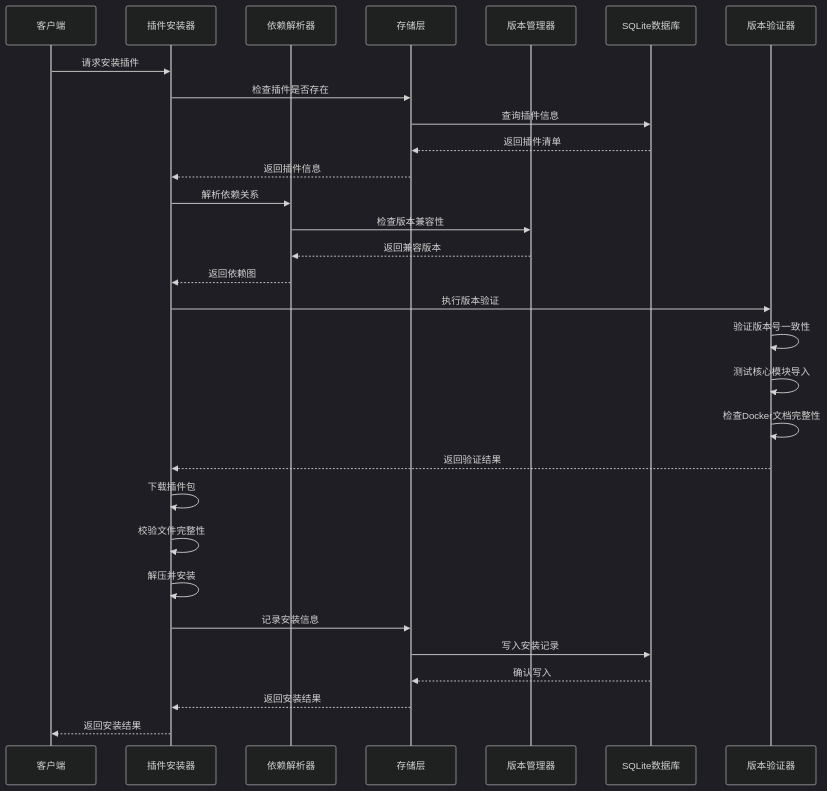
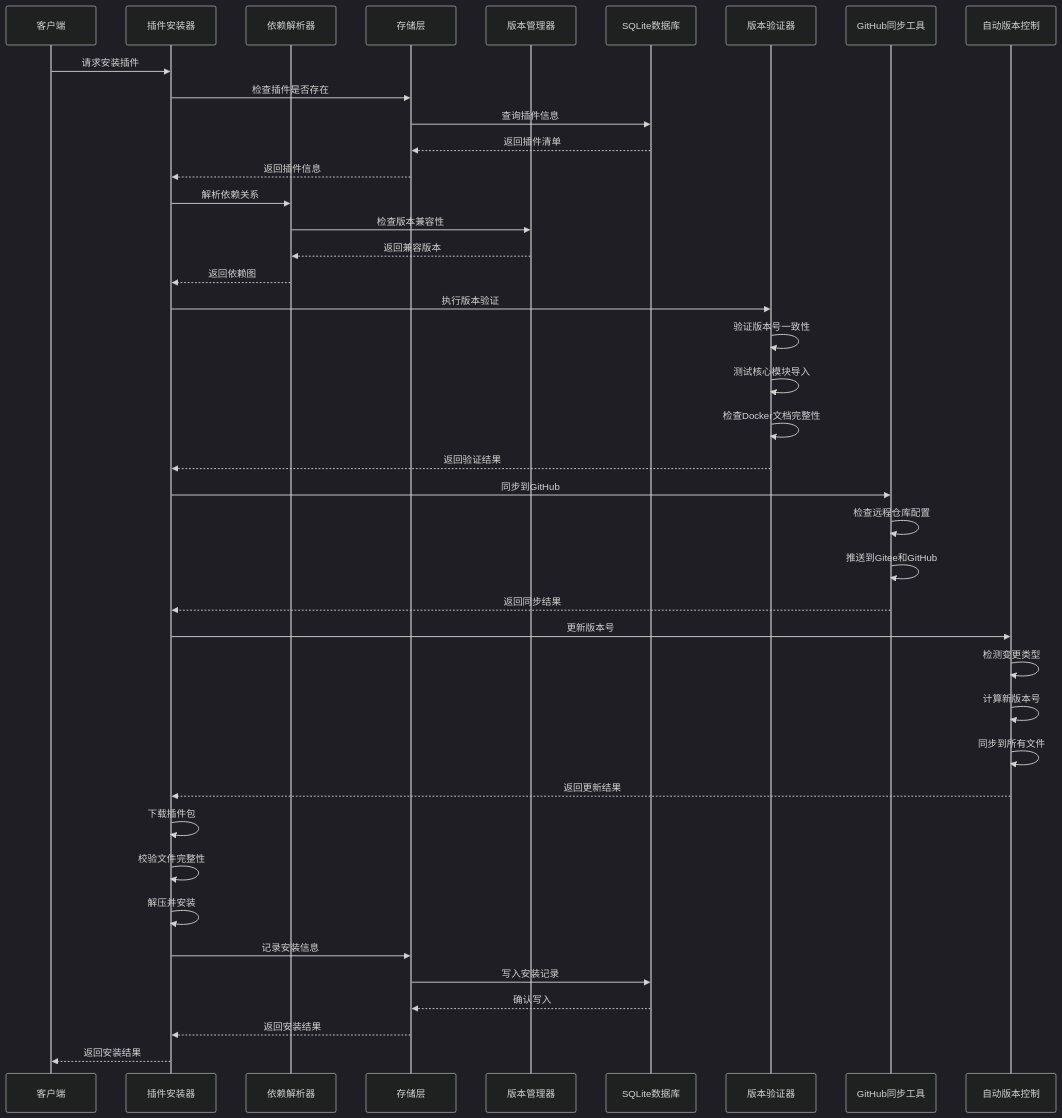
The second of 9 diagrams in .qoder/repowiki/zh/content/开发与测试/版本管理系统.md (JieGaoPrinceton/NecoRAG), drawn with Mermaid (dark theme) before and after one commit. The commit also changed other lines of this file and 95 other files, not shown here.

````diff
--- a/.qoder/repowiki/zh/content/开发与测试/版本管理系统.md
+++ b/.qoder/repowiki/zh/content/开发与测试/版本管理系统.md
@@ -172,32 +245,43 @@
 ```mermaid
 sequenceDiagram
 participant Client as 客户端
 participant Installer as 插件安装器
 participant Resolver as 依赖解析器
 participant Store as 存储层
 participant Manager as 版本管理器
 participant DB as SQLite数据库
 participant Verifier as 版本验证器
+participant GitHubSync as GitHub同步工具
+participant AutoVersion as 自动版本控制
 Client->>Installer : 请求安装插件
 Installer->>Store : 检查插件是否存在
 Store->>DB : 查询插件信息
 DB-->>Store : 返回插件清单
 Store-->>Installer : 返回插件信息
 Installer->>Resolver : 解析依赖关系
 Resolver->>Manager : 检查版本兼容性
 Manager-->>Resolver : 返回兼容版本
 Resolver-->>Installer : 返回依赖图
 Installer->>Verifier : 执行版本验证
 Verifier->>Verifier : 验证版本号一致性
 Verifier->>Verifier : 测试核心模块导入
 Verifier->>Verifier : 检查Docker文档完整性
 Verifier-->>Installer : 返回验证结果
+Installer->>GitHubSync : 同步到GitHub
+GitHubSync->>GitHubSync : 检查远程仓库配置
+GitHubSync->>GitHubSync : 推送到Gitee和GitHub
+GitHubSync-->>Installer : 返回同步结果
+Installer->>AutoVersion : 更新版本号
+AutoVersion->>AutoVersion : 检测变更类型
+AutoVersion->>AutoVersion : 计算新版本号
+AutoVersion->>AutoVersion : 同步到所有文件
+AutoVersion-->>Installer : 返回更新结果
 Installer->>Installer : 下载插件包
 Installer->>Installer : 校验文件完整性
 Installer->>Installer : 解压并安装
 Installer->>Store : 记录安装信息
 Store->>DB : 写入安装记录
 DB-->>Store : 确认写入
 Store-->>Installer : 返回安装结果
 Installer-->>Client : 返回安装结果
 ```
````
